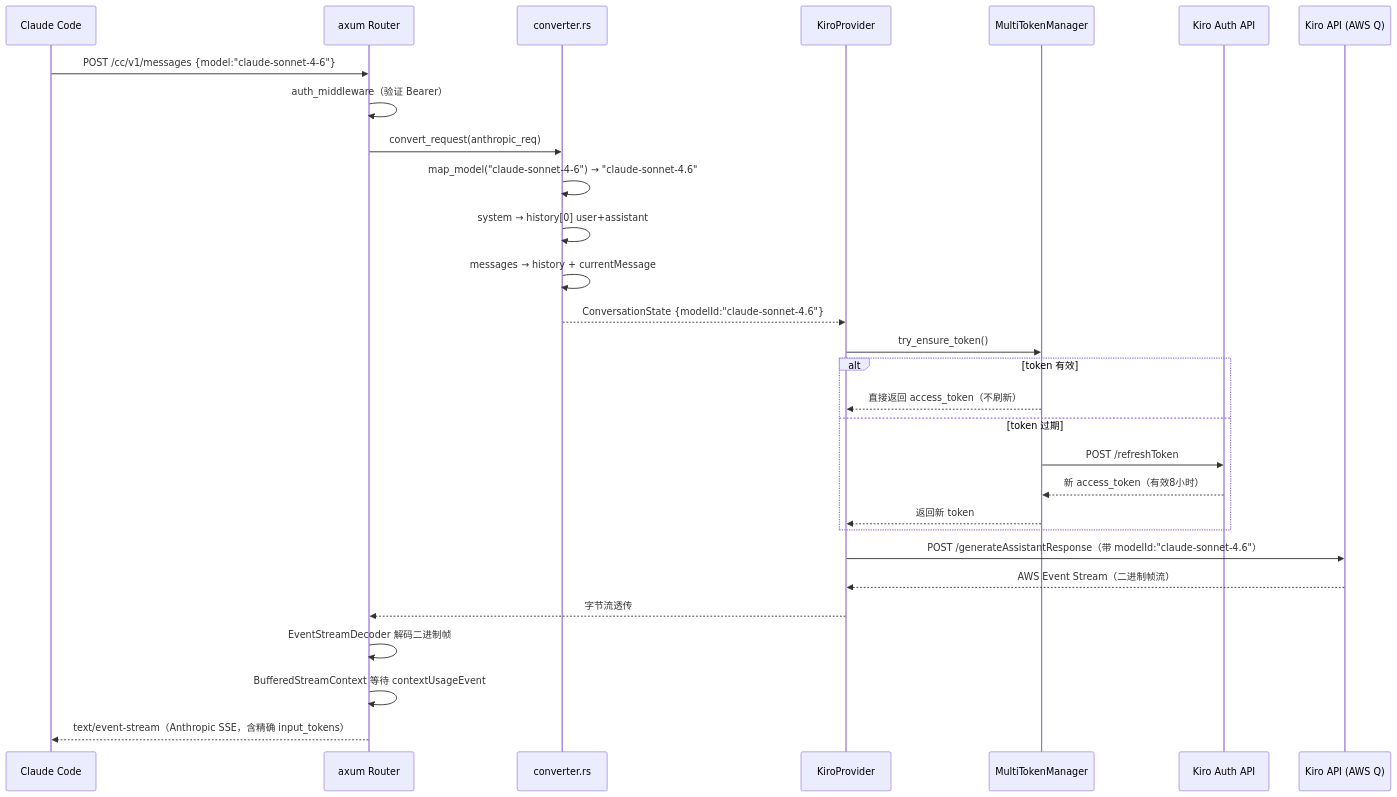
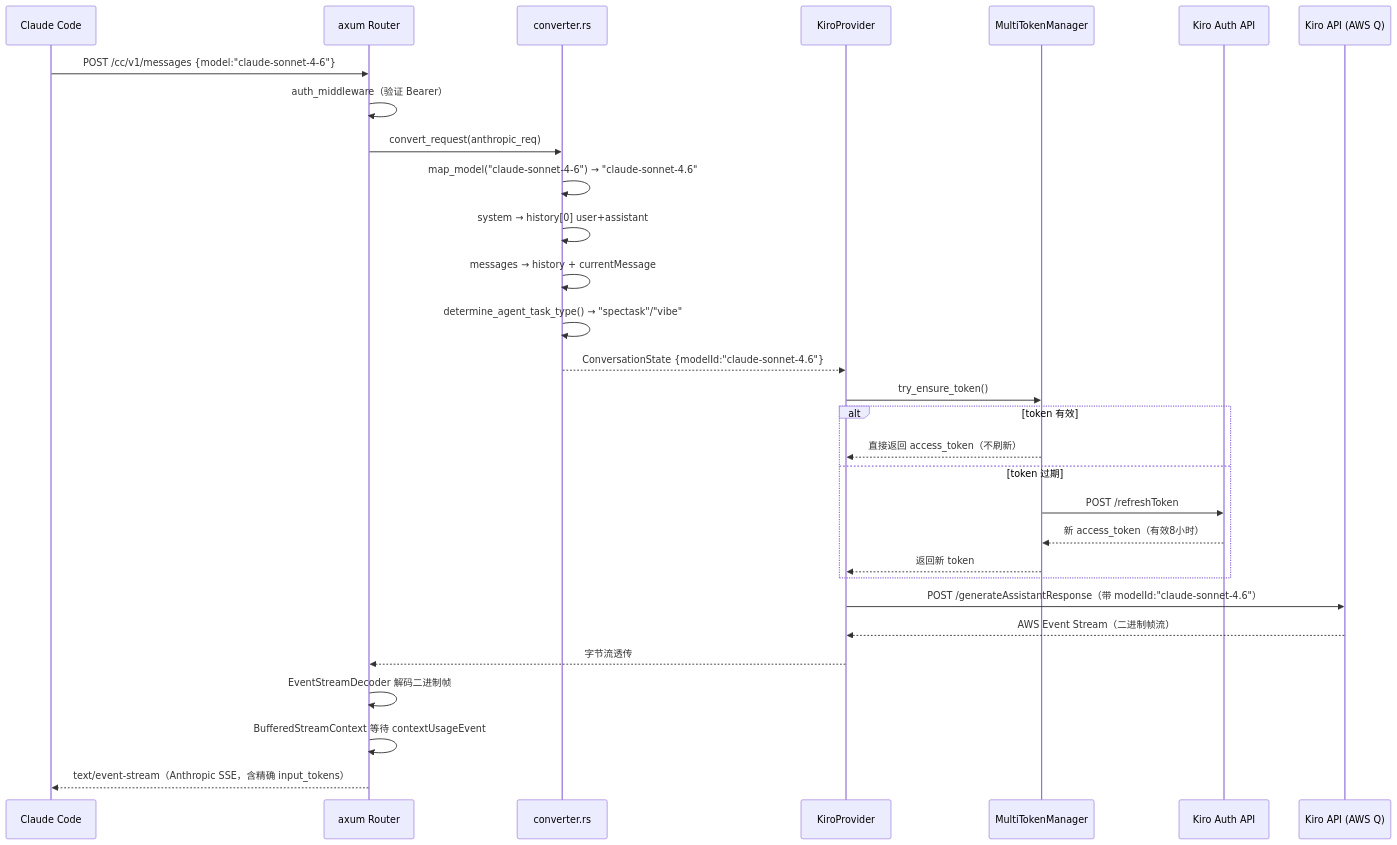
One commit to TsinHzl/kiro2cc-proxy changed the third of 4 diagrams in docs/kiro2cc-proxy_源码全景解析.md. Above: the diagram before and after it, drawn with Mermaid. The commit also changed other lines of this file and 6 other files, not shown here.

````diff
--- a/docs/kiro2cc-proxy_源码全景解析.md
+++ b/docs/kiro2cc-proxy_源码全景解析.md
@@ -913,32 +971,33 @@
 ```mermaid
 sequenceDiagram
     participant CC as Claude Code
     participant AX as axum Router
     participant CV as converter.rs
     participant KP as KiroProvider
     participant TM as MultiTokenManager
     participant KA as Kiro Auth API
     participant KI as Kiro API (AWS Q)
 
     CC->>AX: POST /cc/v1/messages {model:"claude-sonnet-4-6"}
     AX->>AX: auth_middleware（验证 Bearer）
     AX->>CV: convert_request(anthropic_req)
     CV->>CV: map_model("claude-sonnet-4-6") → "claude-sonnet-4.6"
     CV->>CV: system → history[0] user+assistant
     CV->>CV: messages → history + currentMessage
+    CV->>CV: determine_agent_task_type() → "spectask"/"vibe"
     CV-->>KP: ConversationState {modelId:"claude-sonnet-4.6"}
     KP->>TM: try_ensure_token()
     alt token 有效
         TM-->>KP: 直接返回 access_token（不刷新）
     else token 过期
         TM->>KA: POST /refreshToken
         KA-->>TM: 新 access_token（有效8小时）
         TM-->>KP: 返回新 token
     end
     KP->>KI: POST /generateAssistantResponse（带 modelId:"claude-sonnet-4.6"）
     KI-->>KP: AWS Event Stream（二进制帧流）
     KP-->>AX: 字节流透传
     AX->>AX: EventStreamDecoder 解码二进制帧
     AX->>AX: BufferedStreamContext 等待 contextUsageEvent
     AX-->>CC: text/event-stream（Anthropic SSE，含精确 input_tokens）
 ```
````
